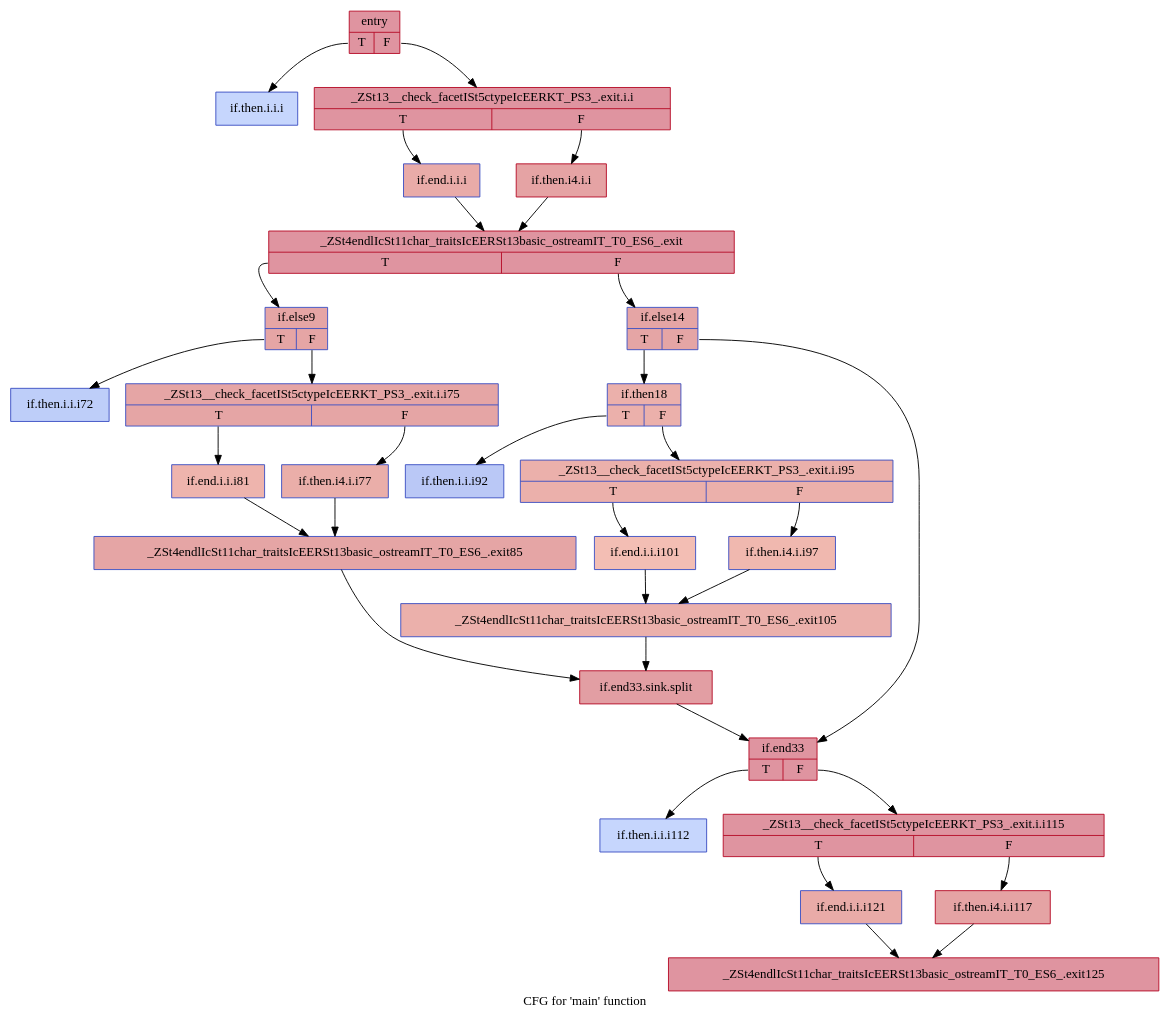
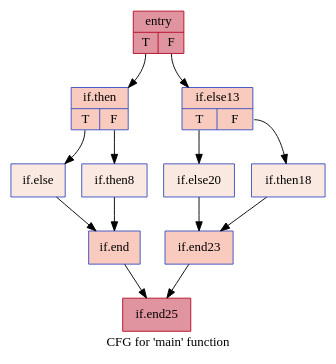
One commit to HPSSA-LLVM/HPSSA-LLVM changed the diagram in IR/cfg/stripped.dot. Above: the diagram before and after it, drawn with Graphviz. The commit also changed 141 other files, not shown here.

```diff
--- a/IR/cfg/stripped.dot
+++ b/IR/cfg/stripped.dot
@@ -1,61 +1,26 @@
 digraph "CFG for 'main' function" {
 	label="CFG for 'main' function";
 
-	Node0x5586501fd060 [shape=record,color="#b70d28ff", style=filled, fillcolor="#b70d2870",label="{entry|{<s0>T|<s1>F}}"];
-	Node0x5586501fd060:s0 -> Node0x5586501ff2e0;
-	Node0x5586501fd060:s1 -> Node0x5586501ff3d0;
-	Node0x5586501ff2e0 [shape=record,color="#3d50c3ff", style=filled, fillcolor="#7ea1fa70",label="{if.then.i.i.i}"];
-	Node0x5586501ff3d0 [shape=record,color="#b70d28ff", style=filled, fillcolor="#b70d2870",label="{_ZSt13__check_facetISt5ctypeIcEERKT_PS3_.exit.i.i|{<s0>T|<s1>F}}"];
-	Node0x5586501ff3d0:s0 -> Node0x5586501ffbd0;
-	Node0x5586501ff3d0:s1 -> Node0x5586501ffc20;
-	Node0x5586501ffc20 [shape=record,color="#b70d28ff", style=filled, fillcolor="#c32e3170",label="{if.then.i4.i.i}"];
-	Node0x5586501ffc20 -> Node0x5586501fffb0;
-	Node0x5586501ffbd0 [shape=record,color="#3d50c3ff", style=filled, fillcolor="#cc403a70",label="{if.end.i.i.i}"];
-	Node0x5586501ffbd0 -> Node0x5586501fffb0;
-	Node0x5586501fffb0 [shape=record,color="#b70d28ff", style=filled, fillcolor="#b70d2870",label="{_ZSt4endlIcSt11char_traitsIcEERSt13basic_ostreamIT_T0_ES6_.exit|{<s0>T|<s1>F}}"];
-	Node0x5586501fffb0:s0 -> Node0x558650201a30;
-	Node0x5586501fffb0:s1 -> Node0x558650201b10;
-	Node0x558650201a30 [shape=record,color="#3d50c3ff", style=filled, fillcolor="#c5333470",label="{if.else9|{<s0>T|<s1>F}}"];
-	Node0x558650201a30:s0 -> Node0x558650203ac0;
-	Node0x558650201a30:s1 -> Node0x558650203b50;
-	Node0x558650203ac0 [shape=record,color="#3d50c3ff", style=filled, fillcolor="#6c8ff170",label="{if.then.i.i.i72}"];
-	Node0x558650203b50 [shape=record,color="#3d50c3ff", style=filled, fillcolor="#c5333470",label="{_ZSt13__check_facetISt5ctypeIcEERKT_PS3_.exit.i.i75|{<s0>T|<s1>F}}"];
-	Node0x558650203b50:s0 -> Node0x558650204740;
-	Node0x558650203b50:s1 -> Node0x558650204790;
-	Node0x558650204790 [shape=record,color="#3d50c3ff", style=filled, fillcolor="#d0473d70",label="{if.then.i4.i.i77}"];
-	Node0x558650204790 -> Node0x558650205040;
-	Node0x558650204740 [shape=record,color="#3d50c3ff", style=filled, fillcolor="#d8564670",label="{if.end.i.i.i81}"];
-	Node0x558650204740 -> Node0x558650205040;
-	Node0x558650205040 [shape=record,color="#3d50c3ff", style=filled, fillcolor="#c5333470",label="{_ZSt4endlIcSt11char_traitsIcEERSt13basic_ostreamIT_T0_ES6_.exit85}"];
-	Node0x558650205040 -> Node0x558650205830;
-	Node0x558650201b10 [shape=record,color="#3d50c3ff", style=filled, fillcolor="#c5333470",label="{if.else14|{<s0>T|<s1>F}}"];
-	Node0x558650201b10:s0 -> Node0x558650205b20;
-	Node0x558650201b10:s1 -> Node0x558650205b70;
-	Node0x558650205b20 [shape=record,color="#3d50c3ff", style=filled, fillcolor="#d24b4070",label="{if.then18|{<s0>T|<s1>F}}"];
-	Node0x558650205b20:s0 -> Node0x558650206730;
-	Node0x558650205b20:s1 -> Node0x558650201ed0;
-	Node0x558650206730 [shape=record,color="#3d50c3ff", style=filled, fillcolor="#6282ea70",label="{if.then.i.i.i92}"];
-	Node0x558650201ed0 [shape=record,color="#3d50c3ff", style=filled, fillcolor="#d24b4070",label="{_ZSt13__check_facetISt5ctypeIcEERKT_PS3_.exit.i.i95|{<s0>T|<s1>F}}"];
-	Node0x558650201ed0:s0 -> Node0x558650202430;
-	Node0x558650201ed0:s1 -> Node0x558650202480;
-	Node0x558650202480 [shape=record,color="#3d50c3ff", style=filled, fillcolor="#dc5d4a70",label="{if.then.i4.i.i97}"];
-	Node0x558650202480 -> Node0x5586502077e0;
-	Node0x558650202430 [shape=record,color="#3d50c3ff", style=filled, fillcolor="#e36c5570",label="{if.end.i.i.i101}"];
-	Node0x558650202430 -> Node0x5586502077e0;
-	Node0x5586502077e0 [shape=record,color="#3d50c3ff", style=filled, fillcolor="#d24b4070",label="{_ZSt4endlIcSt11char_traitsIcEERSt13basic_ostreamIT_T0_ES6_.exit105}"];
-	Node0x5586502077e0 -> Node0x558650205830;
-	Node0x558650205830 [shape=record,color="#b70d28ff", style=filled, fillcolor="#be242e70",label="{if.end33.sink.split}"];
-	Node0x558650205830 -> Node0x558650205b70;
-	Node0x558650205b70 [shape=record,color="#b70d28ff", style=filled, fillcolor="#b70d2870",label="{if.end33|{<s0>T|<s1>F}}"];
-	Node0x558650205b70:s0 -> Node0x558650209080;
-	Node0x558650205b70:s1 -> Node0x5586502090f0;
-	Node0x558650209080 [shape=record,color="#3d50c3ff", style=filled, fillcolor="#7ea1fa70",label="{if.then.i.i.i112}"];
-	Node0x5586502090f0 [shape=record,color="#b70d28ff", style=filled, fillcolor="#b70d2870",label="{_ZSt13__check_facetISt5ctypeIcEERKT_PS3_.exit.i.i115|{<s0>T|<s1>F}}"];
-	Node0x5586502090f0:s0 -> Node0x5586502095d0;
-	Node0x5586502090f0:s1 -> Node0x558650209620;
-	Node0x558650209620 [shape=record,color="#b70d28ff", style=filled, fillcolor="#c32e3170",label="{if.then.i4.i.i117}"];
-	Node0x558650209620 -> Node0x5586502098c0;
-	Node0x5586502095d0 [shape=record,color="#3d50c3ff", style=filled, fillcolor="#cc403a70",label="{if.end.i.i.i121}"];
-	Node0x5586502095d0 -> Node0x5586502098c0;
-	Node0x5586502098c0 [shape=record,color="#b70d28ff", style=filled, fillcolor="#b70d2870",label="{_ZSt4endlIcSt11char_traitsIcEERSt13basic_ostreamIT_T0_ES6_.exit125}"];
+	Node0x564ee2d33740 [shape=record,color="#b70d28ff", style=filled, fillcolor="#b70d2870",label="{entry|{<s0>T|<s1>F}}"];
+	Node0x564ee2d33740:s0 -> Node0x564ee2d34fd0;
+	Node0x564ee2d33740:s1 -> Node0x564ee2d350a0;
+	Node0x564ee2d34fd0 [shape=record,color="#3d50c3ff", style=filled, fillcolor="#ef886b70",label="{if.then|{<s0>T|<s1>F}}"];
+	Node0x564ee2d34fd0:s0 -> Node0x564ee2d36610;
+	Node0x564ee2d34fd0:s1 -> Node0x564ee2d36680;
+	Node0x564ee2d36680 [shape=record,color="#3d50c3ff", style=filled, fillcolor="#f1ccb870",label="{if.then8}"];
+	Node0x564ee2d36680 -> Node0x564ee2d36cc0;
+	Node0x564ee2d36610 [shape=record,color="#3d50c3ff", style=filled, fillcolor="#f1ccb870",label="{if.else}"];
+	Node0x564ee2d36610 -> Node0x564ee2d36cc0;
+	Node0x564ee2d36cc0 [shape=record,color="#3d50c3ff", style=filled, fillcolor="#ef886b70",label="{if.end}"];
+	Node0x564ee2d36cc0 -> Node0x564ee2d371c0;
+	Node0x564ee2d350a0 [shape=record,color="#3d50c3ff", style=filled, fillcolor="#ef886b70",label="{if.else13|{<s0>T|<s1>F}}"];
+	Node0x564ee2d350a0:s0 -> Node0x564ee2d37e00;
+	Node0x564ee2d350a0:s1 -> Node0x564ee2d37e80;
+	Node0x564ee2d37e80 [shape=record,color="#3d50c3ff", style=filled, fillcolor="#f1ccb870",label="{if.then18}"];
+	Node0x564ee2d37e80 -> Node0x564ee2d381e0;
+	Node0x564ee2d37e00 [shape=record,color="#3d50c3ff", style=filled, fillcolor="#f1ccb870",label="{if.else20}"];
+	Node0x564ee2d37e00 -> Node0x564ee2d381e0;
+	Node0x564ee2d381e0 [shape=record,color="#3d50c3ff", style=filled, fillcolor="#ef886b70",label="{if.end23}"];
+	Node0x564ee2d381e0 -> Node0x564ee2d371c0;
+	Node0x564ee2d371c0 [shape=record,color="#b70d28ff", style=filled, fillcolor="#b70d2870",label="{if.end25}"];
 }
```
